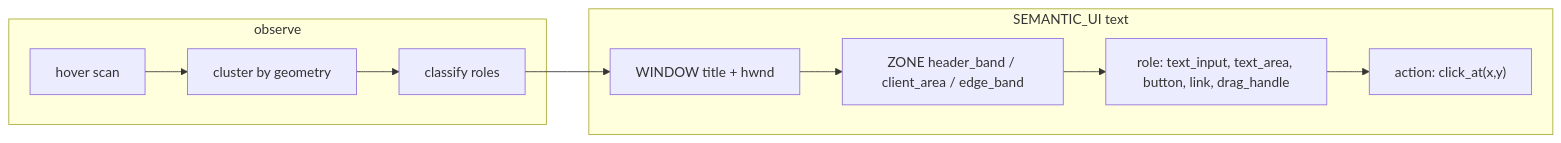
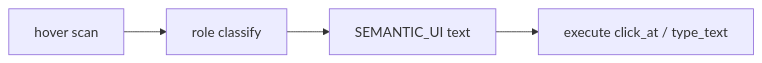
One commit to wgabrys88/endgame-ai changed the second of 2 diagrams in README.md. Above: the diagram before and after it, drawn with Mermaid. The commit also changed other lines of this file and 3 other files, not shown here.

````diff
--- a/README.md
+++ b/README.md
@@ -67,17 +57,6 @@
 ```mermaid
 flowchart LR
-  subgraph scan["observe"]
-    H[hover scan]
-    C[cluster by geometry]
-    R[classify roles]
-  end
-
-  subgraph out["SEMANTIC_UI text"]
-    W[WINDOW title + hwnd]
-    Z[ZONE header_band / client_area / edge_band]
-    CTRL["role: text_input, text_area, button, link, drag_handle"]
-    ACT["action: click_at(x,y)"]
-  end
-
-  H --> C --> R --> W --> Z --> CTRL --> ACT
+  H[hover scan] --> R[role classify]
+  R --> SEM[SEMANTIC_UI text]
+  SEM --> EX[execute click_at / type_text]
 ```
````
